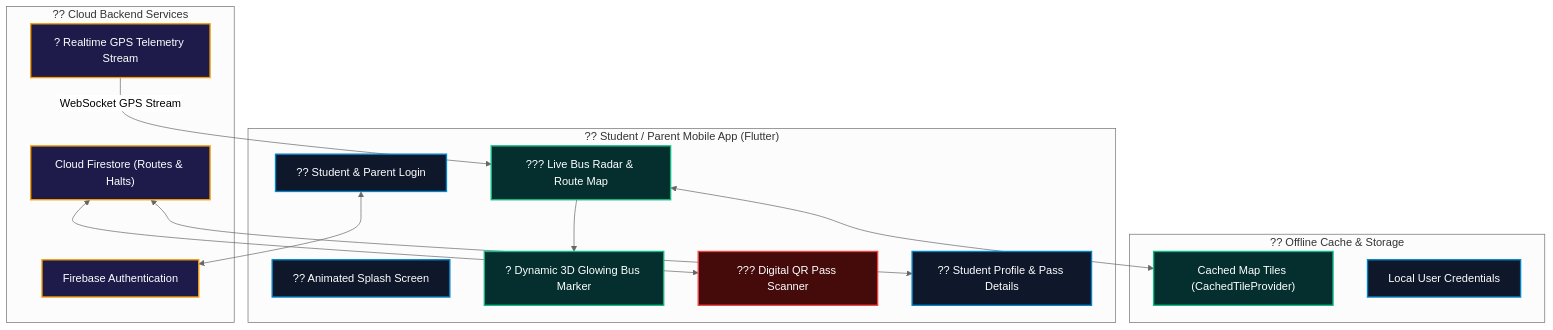
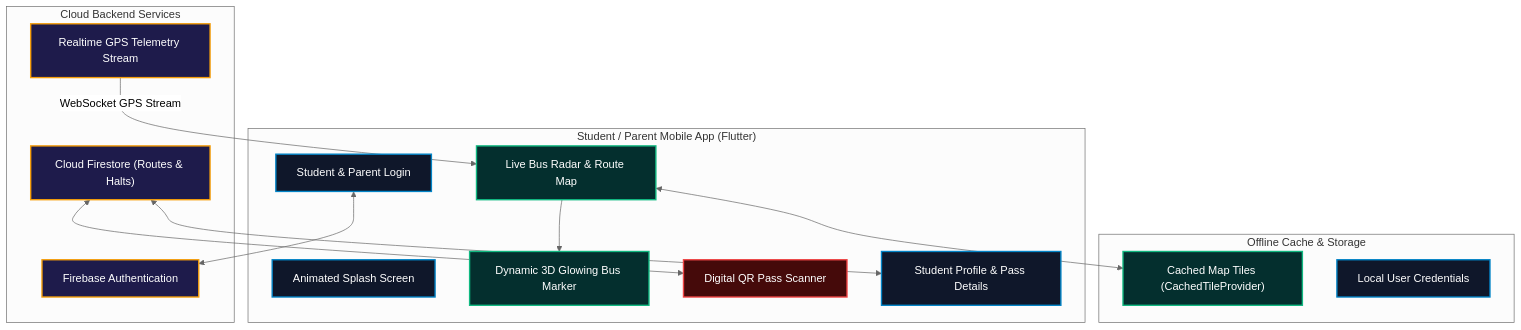
The diagram in README.md (maniscap/SIST-BUS-project-student-app), drawn with Mermaid (neutral theme) before and after one commit. The commit also changed other lines of this file, not shown here.

````diff
--- a/README.md
+++ b/README.md
@@ -42,32 +42,32 @@
 ```mermaid
 flowchart TD
     classDef flutter fill:#0f172a,stroke:#0284c7,stroke-width:2px,color:#fff;
     classDef fb fill:#1e1b4b,stroke:#f59e0b,stroke-width:2px,color:#fff;
     classDef map fill:#042f2e,stroke:#10b981,stroke-width:2px,color:#fff;
     classDef scan fill:#450a0a,stroke:#ef4444,stroke-width:2px,color:#fff;
 
-    subgraph Commuter["?? Student / Parent Mobile App (Flutter)"]
-        Splash["?? Animated Splash Screen"]:::flutter
-        Auth["?? Student & Parent Login"]:::flutter
-        LiveRadar["??? Live Bus Radar & Route Map"]:::map
-        BusMarker["? Dynamic 3D Glowing Bus Marker"]:::map
-        QRScanner["??? Digital QR Pass Scanner"]:::scan
-        Profile["?? Student Profile & Pass Details"]:::flutter
+    subgraph Commuter["Student / Parent Mobile App (Flutter)"]
+        Splash["Animated Splash Screen"]:::flutter
+        Auth["Student & Parent Login"]:::flutter
+        LiveRadar["Live Bus Radar & Route Map"]:::map
+        BusMarker["Dynamic 3D Glowing Bus Marker"]:::map
+        QRScanner["Digital QR Pass Scanner"]:::scan
+        Profile["Student Profile & Pass Details"]:::flutter
     end
 
-    subgraph FirebaseCloud["?? Cloud Backend Services"]
+    subgraph FirebaseCloud["Cloud Backend Services"]
         FirebaseAuth["Firebase Authentication"]:::fb
         Firestore["Cloud Firestore (Routes & Halts)"]:::fb
-        RealtimeDB["? Realtime GPS Telemetry Stream"]:::fb
+        RealtimeDB["Realtime GPS Telemetry Stream"]:::fb
     end
 
-    subgraph OfflineCache["?? Offline Cache & Storage"]
+    subgraph OfflineCache["Offline Cache & Storage"]
         TileCache["Cached Map Tiles (CachedTileProvider)"]:::map
         Preferences["Local User Credentials"]:::flutter
     end
 
     Auth <--> FirebaseAuth
     RealtimeDB -->|WebSocket GPS Stream| LiveRadar --> BusMarker
     Firestore <--> Profile & QRScanner
     LiveRadar <--> TileCache
 ```
````
